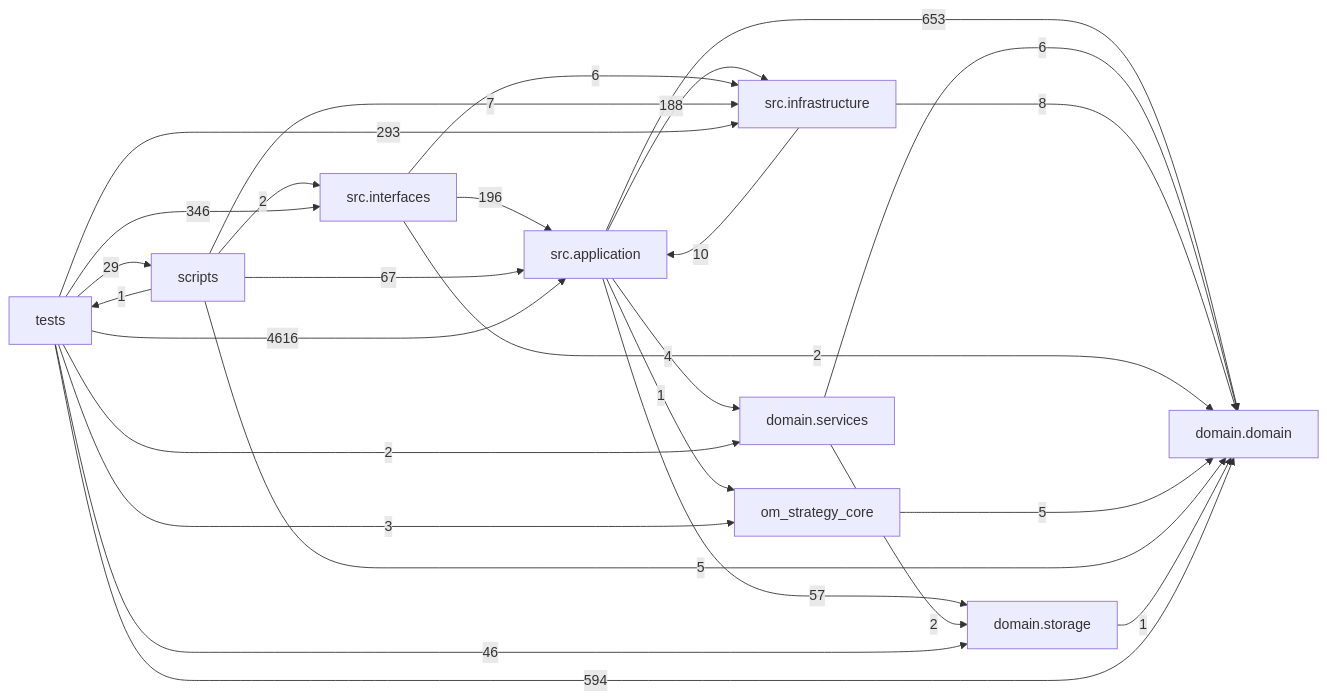
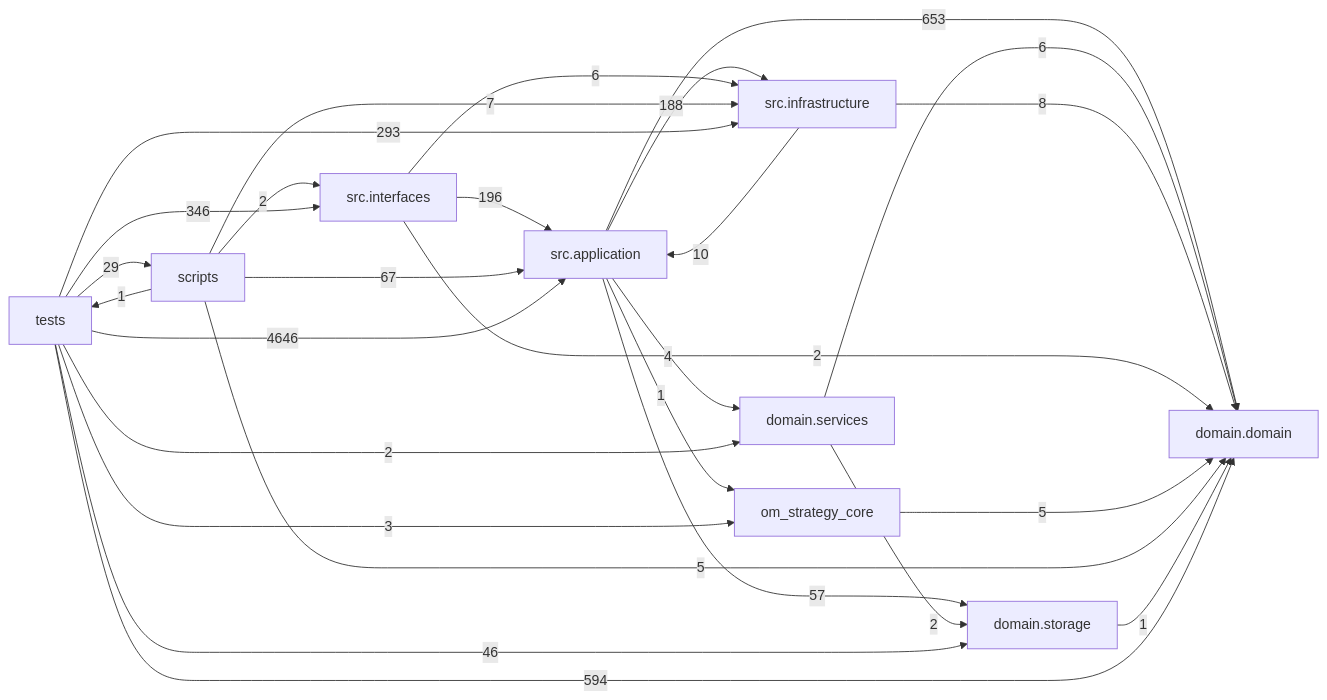
One commit to liuxie066/options-monitor changed the diagram in docs/DEPENDENCY_GRAPH.md. Above: the diagram before and after it, drawn with Mermaid. The commit also changed other lines of this file and 3 other files, not shown here.

````diff
--- a/docs/DEPENDENCY_GRAPH.md
+++ b/docs/DEPENDENCY_GRAPH.md
@@ -24,38 +24,38 @@
 ```mermaid
 flowchart LR
   tests["tests"]
   scripts["scripts"]
   interfaces["src.interfaces"]
   application["src.application"]
   infrastructure["src.infrastructure"]
   domain_services["domain.services"]
   domain["domain.domain"]
   storage["domain.storage"]
   application -->|653| domain
   application -->|4| domain_services
   application -->|188| infrastructure
   application -->|1| om_strategy_core
   application -->|57| storage
   domain_services -->|6| domain
   domain_services -->|2| storage
   infrastructure -->|10| application
   infrastructure -->|8| domain
   interfaces -->|196| application
   interfaces -->|2| domain
   interfaces -->|6| infrastructure
   om_strategy_core -->|5| domain
   scripts -->|67| application
   scripts -->|5| domain
   scripts -->|7| infrastructure
   scripts -->|2| interfaces
   scripts -->|1| tests
   storage -->|1| domain
-  tests -->|4616| application
+  tests -->|4646| application
   tests -->|594| domain
   tests -->|2| domain_services
   tests -->|293| infrastructure
   tests -->|346| interfaces
   tests -->|3| om_strategy_core
   tests -->|29| scripts
   tests -->|46| storage
 ```
````
